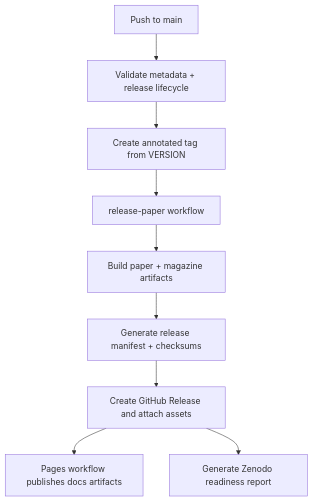
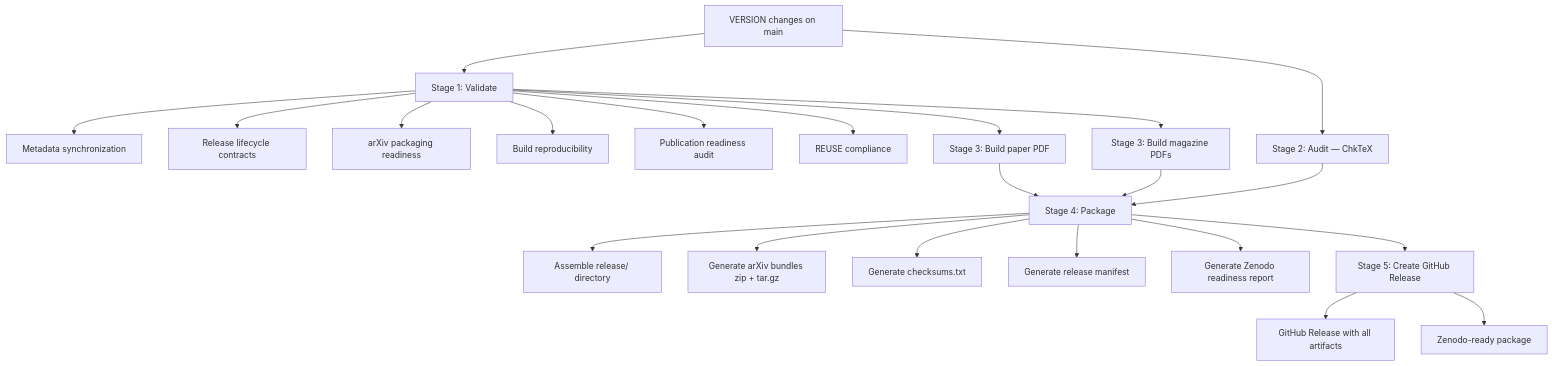
Before and after one commit to egohygiene/reflector: the diagram in docs/workflows.md, drawn with Mermaid. The commit also changed other lines of this file and 4 other files, not shown here.

First line of the commit message:
feat: add unified publication orchestration workflow and release process docs

````diff
--- a/docs/workflows.md
+++ b/docs/workflows.md
@@ -80,11 +79,28 @@
 ```mermaid
 flowchart TD
-  A[Push to main] --> B[Validate metadata + release lifecycle]
-  B --> C[Create annotated tag from VERSION]
-  C --> D[release-paper workflow]
-  D --> E[Build paper + magazine artifacts]
-  E --> F[Generate release manifest + checksums]
-  F --> G[Create GitHub Release and attach assets]
-  G --> H[Pages workflow publishes docs artifacts]
-  G --> I[Generate Zenodo readiness report]
+  A[VERSION changes on main] --> B[Stage 1: Validate]
+  B --> B1[Metadata synchronization]
+  B --> B2[Release lifecycle contracts]
+  B --> B3[arXiv packaging readiness]
+  B --> B4[Build reproducibility]
+  B --> B5[Publication readiness audit]
+  B --> B6[REUSE compliance]
+
+  A --> C[Stage 2: Audit — ChkTeX]
+
+  B --> D[Stage 3: Build paper PDF]
+  B --> E[Stage 3: Build magazine PDFs]
+
+  D --> F[Stage 4: Package]
+  E --> F
+  C --> F
+  F --> F1[Assemble release/ directory]
+  F --> F2[Generate arXiv bundles zip + tar.gz]
+  F --> F3[Generate checksums.txt]
+  F --> F4[Generate release manifest]
+  F --> F5[Generate Zenodo readiness report]
+
+  F --> G[Stage 5: Create GitHub Release]
+  G --> H[GitHub Release with all artifacts]
+  G --> I[Zenodo-ready package]
 ```
````
